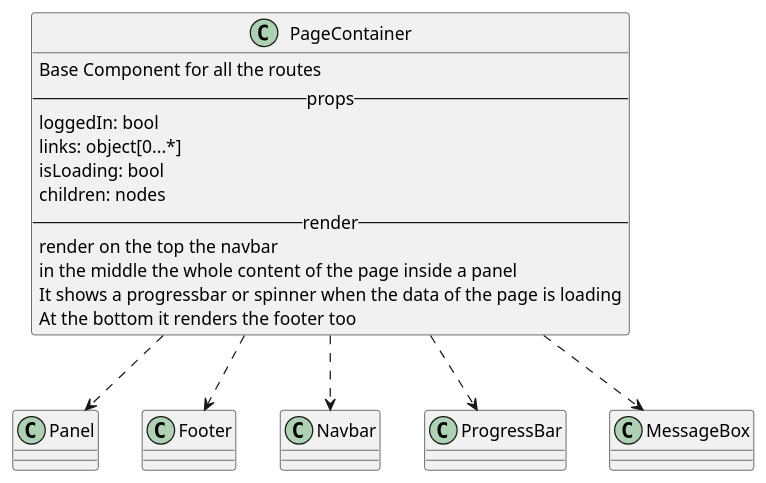
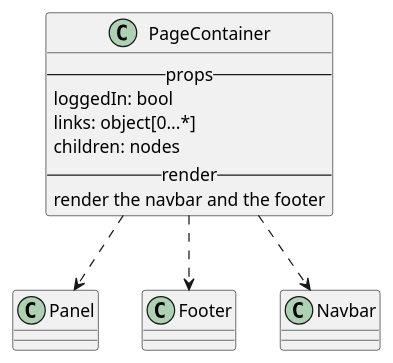
One commit to M9k/Marvin-Uml changed the diagram in react/custom/pageContainer.iuml. Above: the diagram before and after it, drawn with PlantUML. The commit also changed 7 other files, not shown here.

Commit message:
Ridotto il ruolo di PageContainer

```diff
--- a/react/custom/pageContainer.iuml
+++ b/react/custom/pageContainer.iuml
@@ -1,19 +1,12 @@
-class PageContainer{
-    Base Component for all the routes
+class PageContainer {
     --props--
         loggedIn: bool
         links: object[0...*]
-        isLoading: bool
         children: nodes
     --render--
-        render on the top the navbar
-        in the middle the whole content of the page inside a panel
-         It shows a progressbar or spinner when the data of the page is loading
-         At the bottom it renders the footer too
+        render the navbar and the footer
 }
 
 PageContainer ..> Panel
 PageContainer ..> Footer
 PageContainer ..> Navbar
-PageContainer ..> ProgressBar
-PageContainer ..> MessageBox
```
